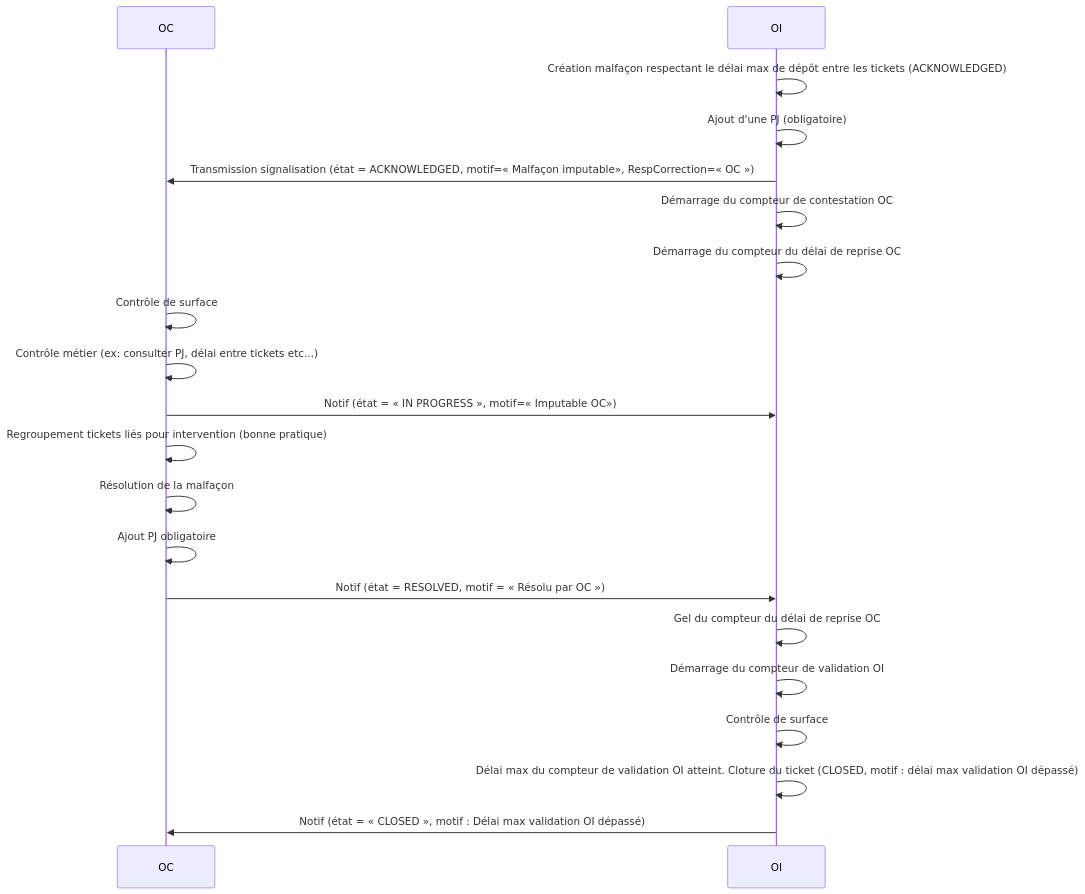
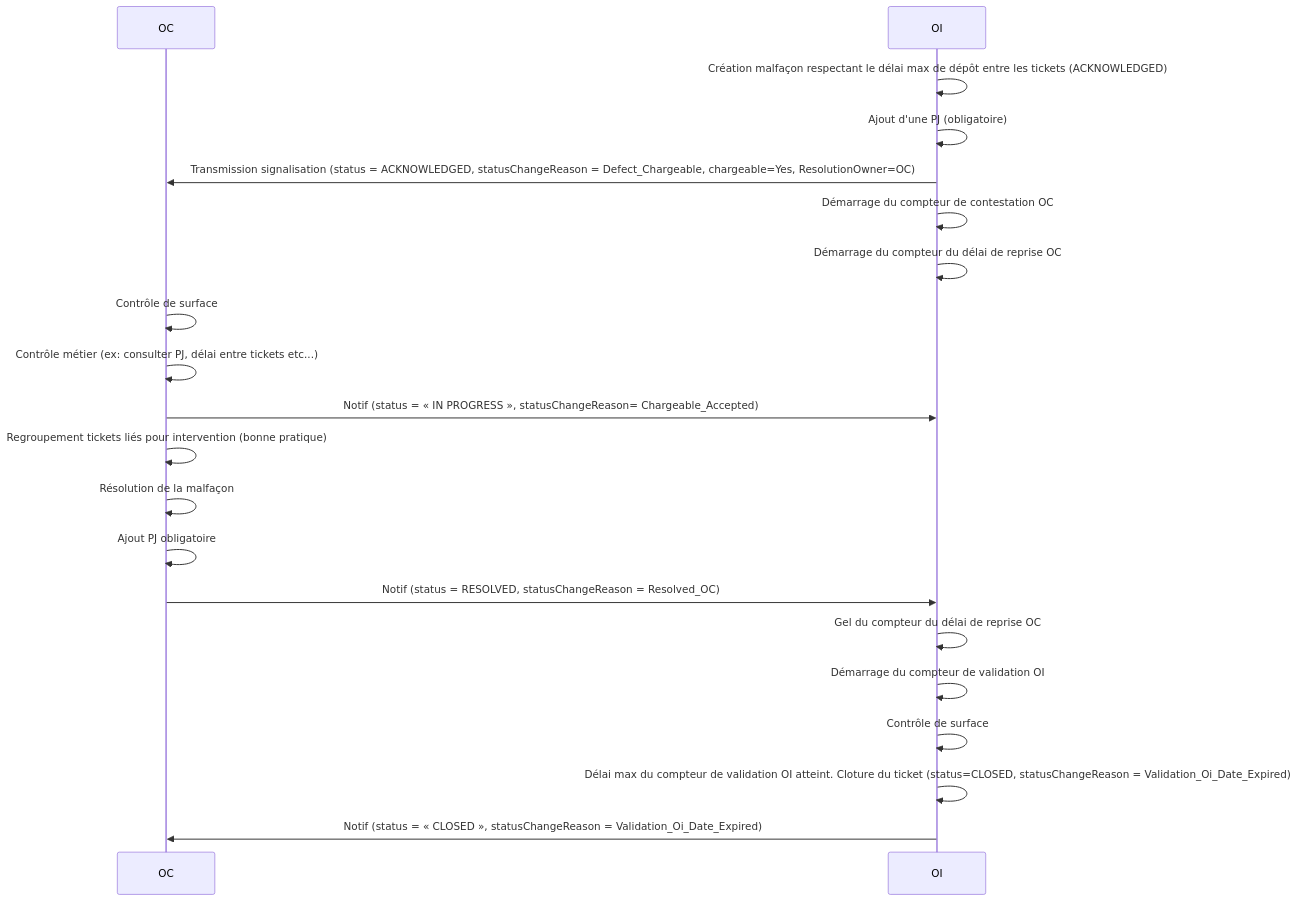
One commit to before-interop/malfacon changed the second of 14 diagrams in README.md. Above: the diagram before and after it, drawn with Mermaid. The commit also changed other lines of this file and 1 other file, not shown here.

````diff
--- a/README.md
+++ b/README.md
@@ -261,24 +254,24 @@
 ```mermaid
 sequenceDiagram
 
   participant OC
   participant OI
 
   OI->>OI: Création malfaçon respectant le délai max de dépôt entre les tickets (ACKNOWLEDGED)
   OI->>OI: Ajout d'une PJ (obligatoire)
-  OI->>OC: Transmission signalisation (état = ACKNOWLEDGED, motif=« Malfaçon imputable», RespCorrection=« OC »)
+  OI->>OC: Transmission signalisation (status = ACKNOWLEDGED, statusChangeReason = Defect_Chargeable, chargeable=Yes, ResolutionOwner=OC)
   OI->>OI: Démarrage du compteur de contestation OC
   OI->>OI: Démarrage du compteur du délai de reprise OC
   OC->>OC: Contrôle de surface
   OC->>OC: Contrôle métier (ex: consulter PJ, délai entre tickets etc...)
-  OC->>OI: Notif (état = « IN PROGRESS », motif=« Imputable OC»)
+  OC->>OI: Notif (status = « IN PROGRESS », statusChangeReason= Chargeable_Accepted)
   OC->>OC: Regroupement tickets liés pour intervention (bonne pratique)
   OC->>OC: Résolution de la malfaçon
   OC->>OC: Ajout PJ obligatoire
-  OC->>OI: Notif (état = RESOLVED, motif = « Résolu par OC »)
+  OC->>OI: Notif (status = RESOLVED, statusChangeReason = Resolved_OC)
   OI->>OI: Gel du compteur du délai de reprise OC
   OI->>OI: Démarrage du compteur de validation OI
   OI->>OI: Contrôle de surface
-  OI->>OI: Délai max du compteur de validation OI atteint. Cloture du ticket  (CLOSED, motif : délai max validation OI dépassé)
-  OI->>OC: Notif (état = « CLOSED », motif : Délai max validation OI dépassé)
+  OI->>OI: Délai max du compteur de validation OI atteint. Cloture du ticket  (status=CLOSED, statusChangeReason = Validation_Oi_Date_Expired)
+  OI->>OC: Notif (status = « CLOSED », statusChangeReason = Validation_Oi_Date_Expired)
 ```
````
